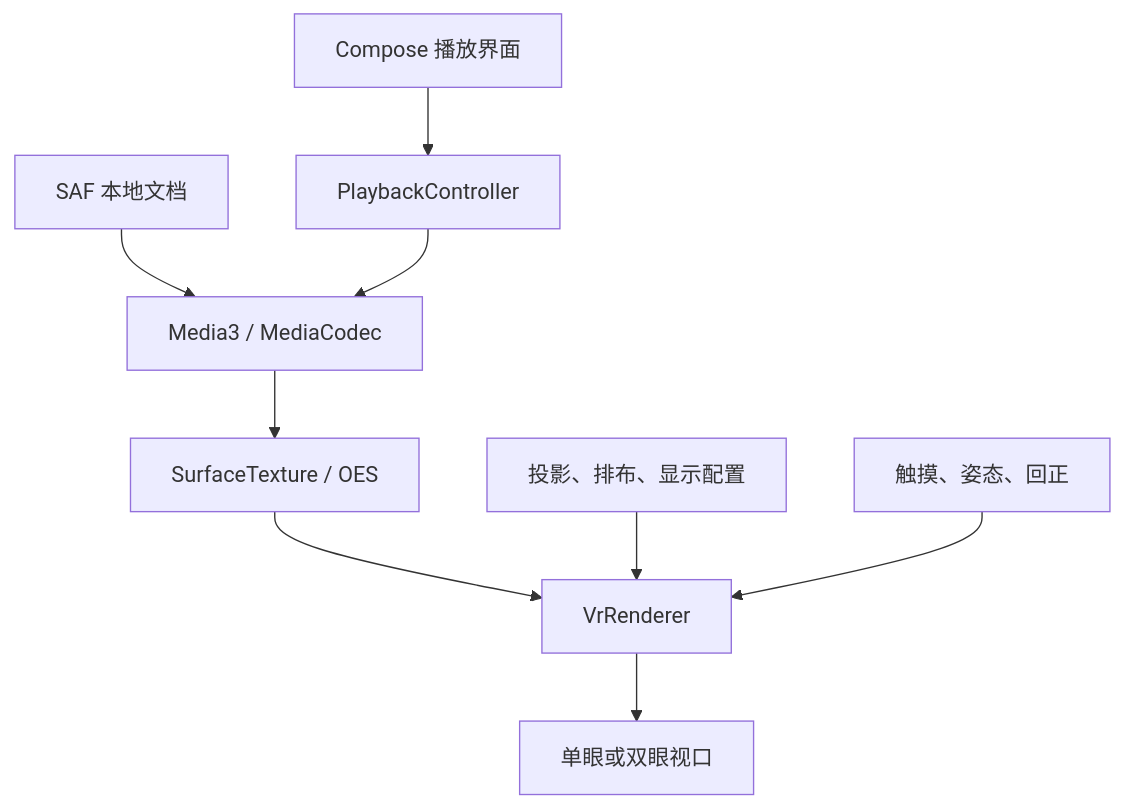
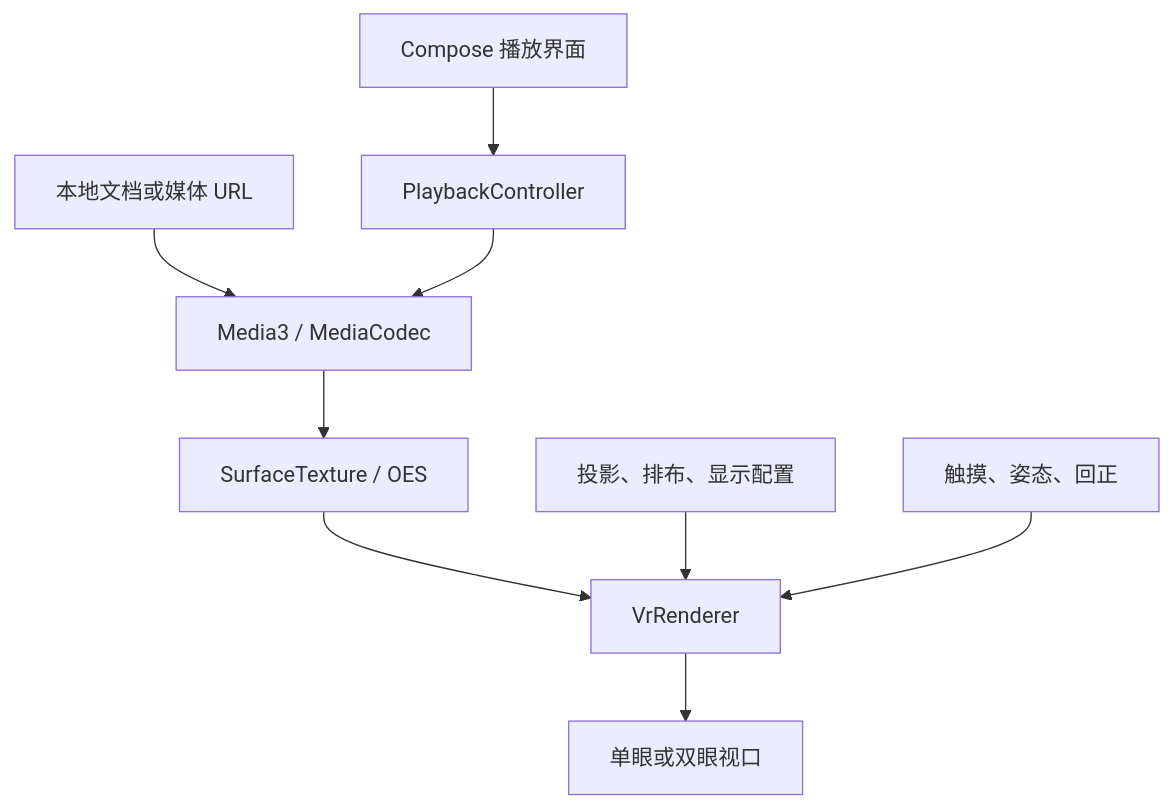
One commit to Grinch27/VRviewer changed the diagram in docs/DESIGN.md. Above: the diagram before and after it, drawn with Mermaid. The commit also changed other lines of this file and 17 other files, not shown here.

````diff
--- a/docs/DESIGN.md
+++ b/docs/DESIGN.md
@@ -84,11 +84,11 @@
 ```mermaid
 flowchart TB
     UI["Compose 播放界面"] --> C["PlaybackController"]
-    F["SAF 本地文档"] --> D["Media3 / MediaCodec"]
+    F["本地文档或媒体 URL"] --> D["Media3 / MediaCodec"]
     C --> D
     D --> T["SurfaceTexture / OES"]
     T --> R["VrRenderer"]
     P["投影、排布、显示配置"] --> R
     H["触摸、姿态、回正"] --> R
     R --> O["单眼或双眼视口"]
 ```
````
